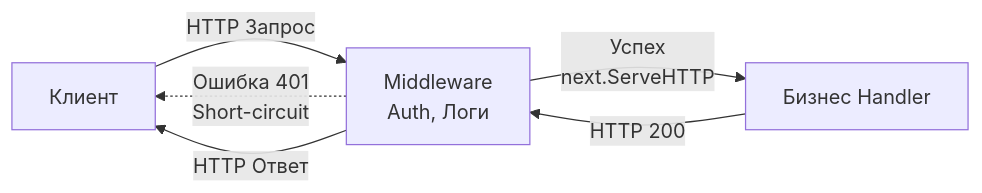
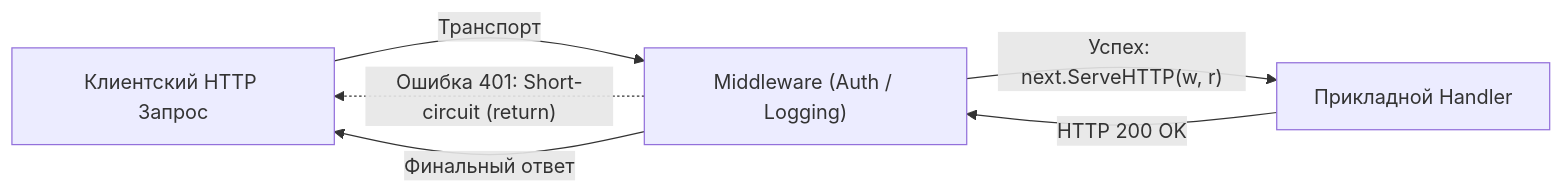
One commit to UnrealTemplier/go-textbook changed the diagram in sources/15. Тестирование в Go (QA & Testing)/06. HTTP и API тестирование/3. Middleware тестирование.md. Above: the diagram before and after it, drawn with Mermaid. The commit also changed other lines of this file, not shown here.

Commit message:
feat(module-15): editorial rewrite of lecture 3 (Middleware тестирование) in Subsection 6 in Kernighan style

````diff
--- a/sources/15. Тестирование в Go (QA & Testing)/06. HTTP и API тестирование/3. Middleware тестирование.md
+++ b/sources/15. Тестирование в Go (QA & Testing)/06. HTTP и API тестирование/3. Middleware тестирование.md
@@ -13,8 +25,8 @@
 ```mermaid
 flowchart LR
-    Client["Клиент"] -->|"HTTP Запрос"| MW["Middleware<br>Auth, Логи"]
-    MW -->|"Успех<br>next.ServeHTTP"| Handler["Бизнес Handler"]
-    MW -.->|"Ошибка 401<br>Short-circuit"| Client
-    Handler -->|"HTTP 200"| MW
-    MW -->|"HTTP Ответ"| Client
+    Client["Клиентский HTTP Запрос"] -->|"Транспорт"| MW["Middleware (Auth / Logging)"]
+    MW -->|"Успех: next.ServeHTTP(w, r)"| Handler["Прикладной Handler"]
+    MW -.->|"Ошибка 401: Short-circuit (return)"| Client
+    Handler -->|"HTTP 200 OK"| MW
+    MW -->|"Финальный ответ"| Client
 ```
````
